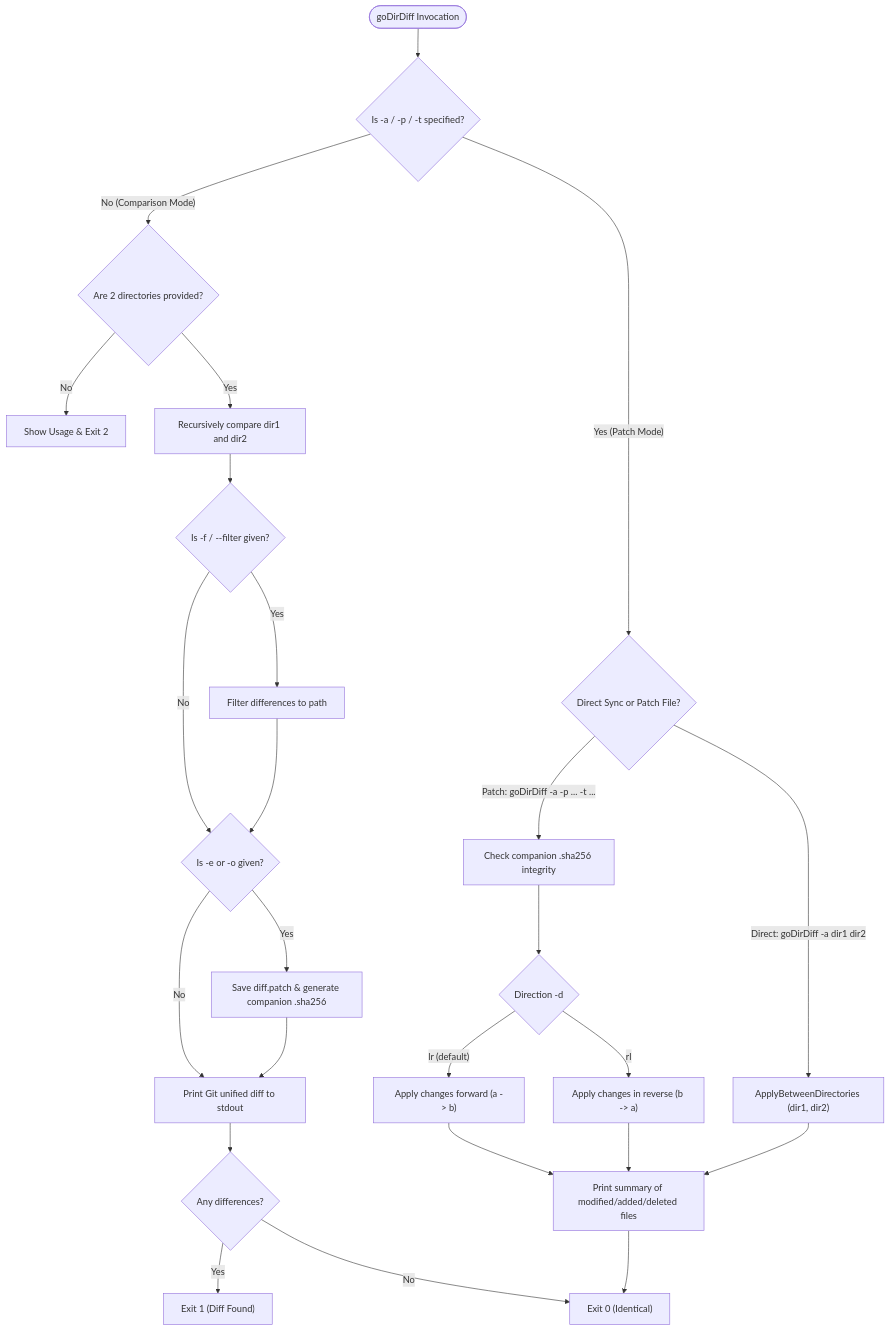
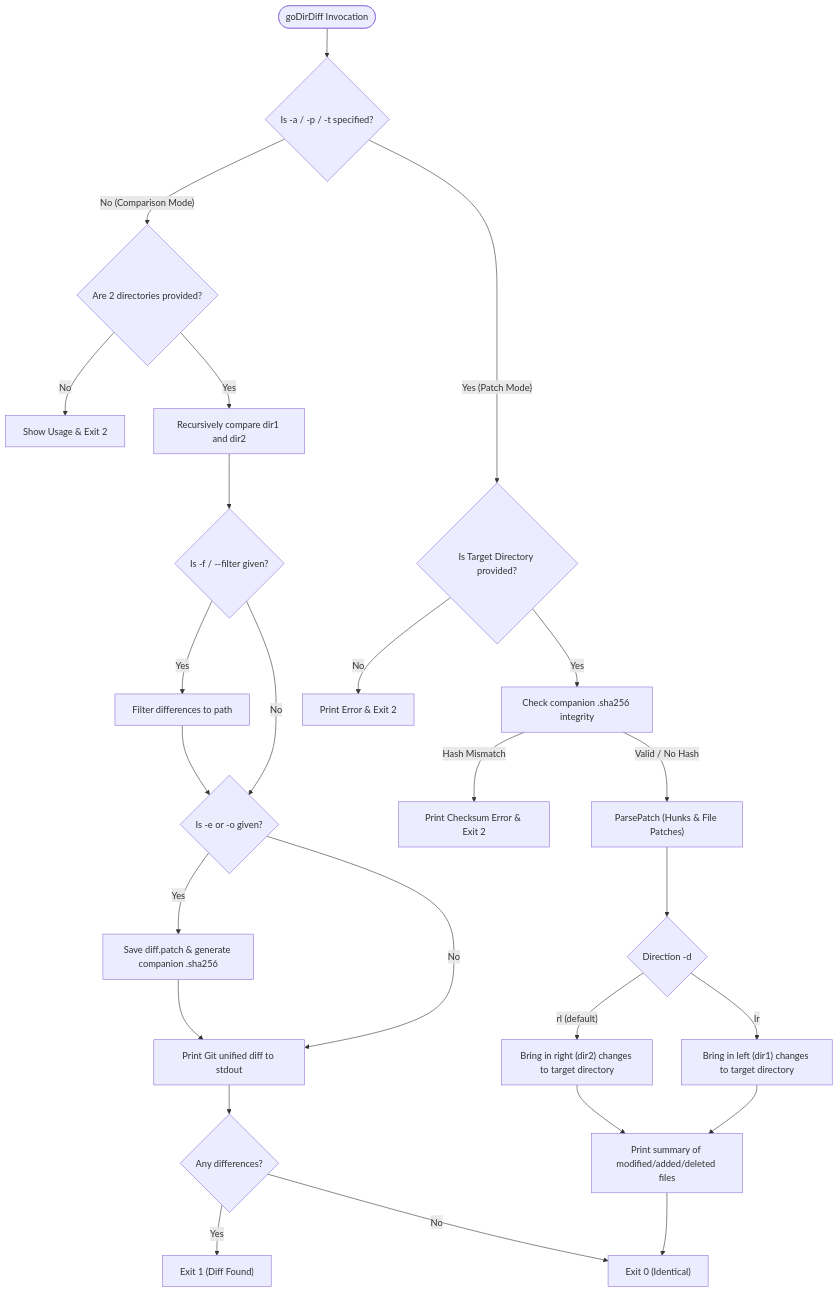
One commit to arthurgray2k/goDirectoryDiff changed the diagram in USAGE.md. Above: the diagram before and after it, drawn with Mermaid. The commit also changed other lines of this file and 4 other files, not shown here.

First line of the commit message:
fix(apply): refine apply usage and bidirectional patch semantics (Task GODIRDIFF-12)

````diff
--- a/USAGE.md
+++ b/USAGE.md
@@ -51,29 +48,30 @@
 ```mermaid
 flowchart TD
     Start(["goDirDiff Invocation"]) --> CheckApply{"Is -a / -p / -t specified?"}
 
     CheckApply -- "No (Comparison Mode)" --> CheckDirs{"Are 2 directories provided?"}
     CheckDirs -- "No" --> UsageErr["Show Usage & Exit 2"]
     CheckDirs -- "Yes" --> RunDiff["Recursively compare dir1 and dir2"]
     RunDiff --> FilterOpt{"Is -f / --filter given?"}
     FilterOpt -- "Yes" --> FilterScope["Filter differences to path"]
     FilterOpt -- "No" --> ExportOpt
     FilterScope --> ExportOpt{"Is -e or -o given?"}
     ExportOpt -- "Yes" --> SavePatch["Save diff.patch & generate companion .sha256"]
     ExportOpt -- "No" --> StdoutDiff["Print Git unified diff to stdout"]
     SavePatch --> StdoutDiff
     StdoutDiff --> DiffStatus{"Any differences?"}
     DiffStatus -- "Yes" --> Exit1["Exit 1 (Diff Found)"]
     DiffStatus -- "No" --> Exit0["Exit 0 (Identical)"]
 
-    CheckApply -- "Yes (Patch Mode)" --> ModeCheck{"Direct Sync or Patch File?"}
-    ModeCheck -- "Direct: goDirDiff -a dir1 dir2" --> DirectSync["ApplyBetweenDirectories (dir1, dir2)"]
-    ModeCheck -- "Patch: goDirDiff -a -p ... -t ..." --> ValidatePatch["Check companion .sha256 integrity"]
-    ValidatePatch --> CheckDir{"Direction -d"}
-    CheckDir -- "lr (default)" --> ApplyLR["Apply changes forward (a -> b)"]
-    CheckDir -- "rl" --> ApplyRL["Apply changes in reverse (b -> a)"]
-    ApplyLR --> PatchDone["Print summary of modified/added/deleted files"]
-    ApplyRL --> PatchDone
-    DirectSync --> PatchDone
+    CheckApply -- "Yes (Patch Mode)" --> ValidateTarget{"Is Target Directory provided?"}
+    ValidateTarget -- "No" --> MissingTargetErr["Print Error & Exit 2"]
+    ValidateTarget -- "Yes" --> ValidatePatch["Check companion .sha256 integrity"]
+    ValidatePatch -- "Hash Mismatch" --> ChecksumErr["Print Checksum Error & Exit 2"]
+    ValidatePatch -- "Valid / No Hash" --> ParseHunks["ParsePatch (Hunks & File Patches)"]
+    ParseHunks --> CheckDir{"Direction -d"}
+    CheckDir -- "rl (default)" --> ApplyRL["Bring in right (dir2) changes to target directory"]
+    CheckDir -- "lr" --> ApplyLR["Bring in left (dir1) changes to target directory"]
+    ApplyRL --> PatchDone["Print summary of modified/added/deleted files"]
+    ApplyLR --> PatchDone
     PatchDone --> Exit0
 ```
````
